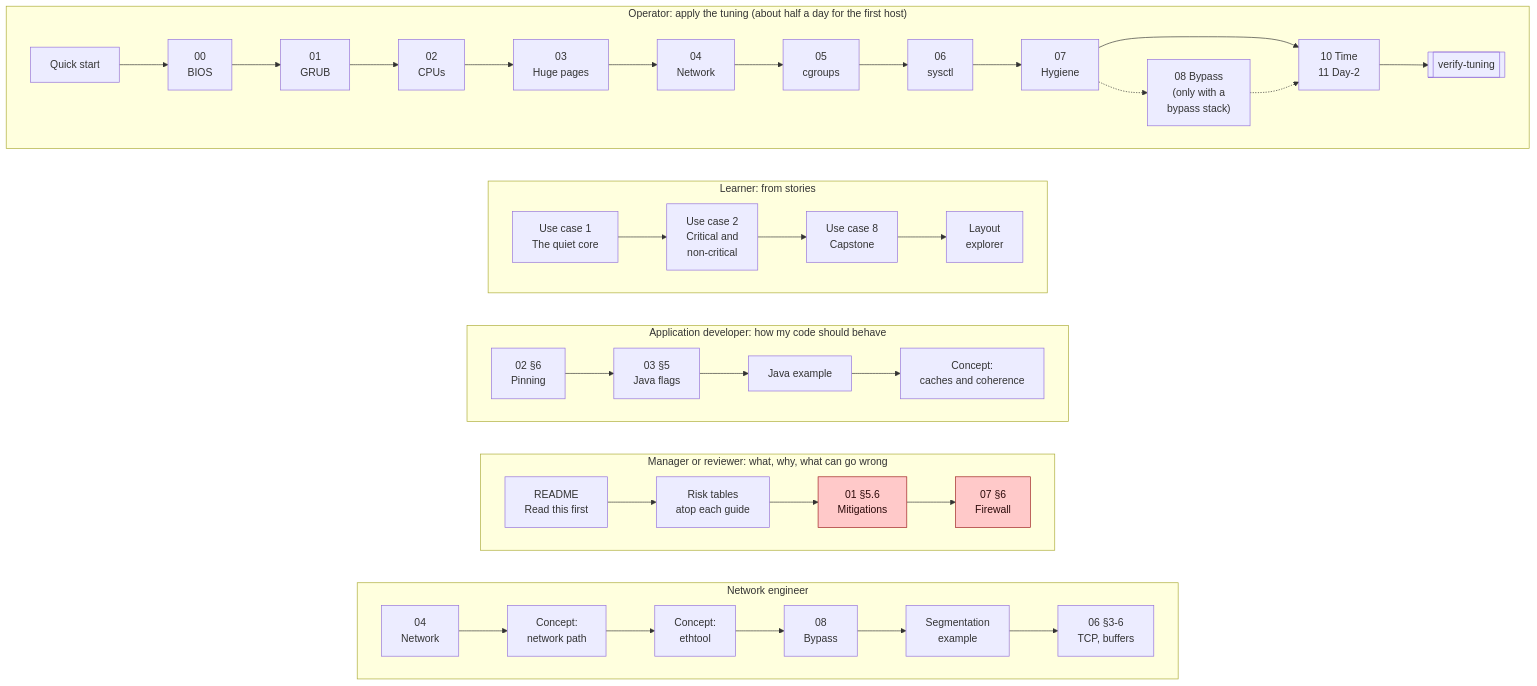
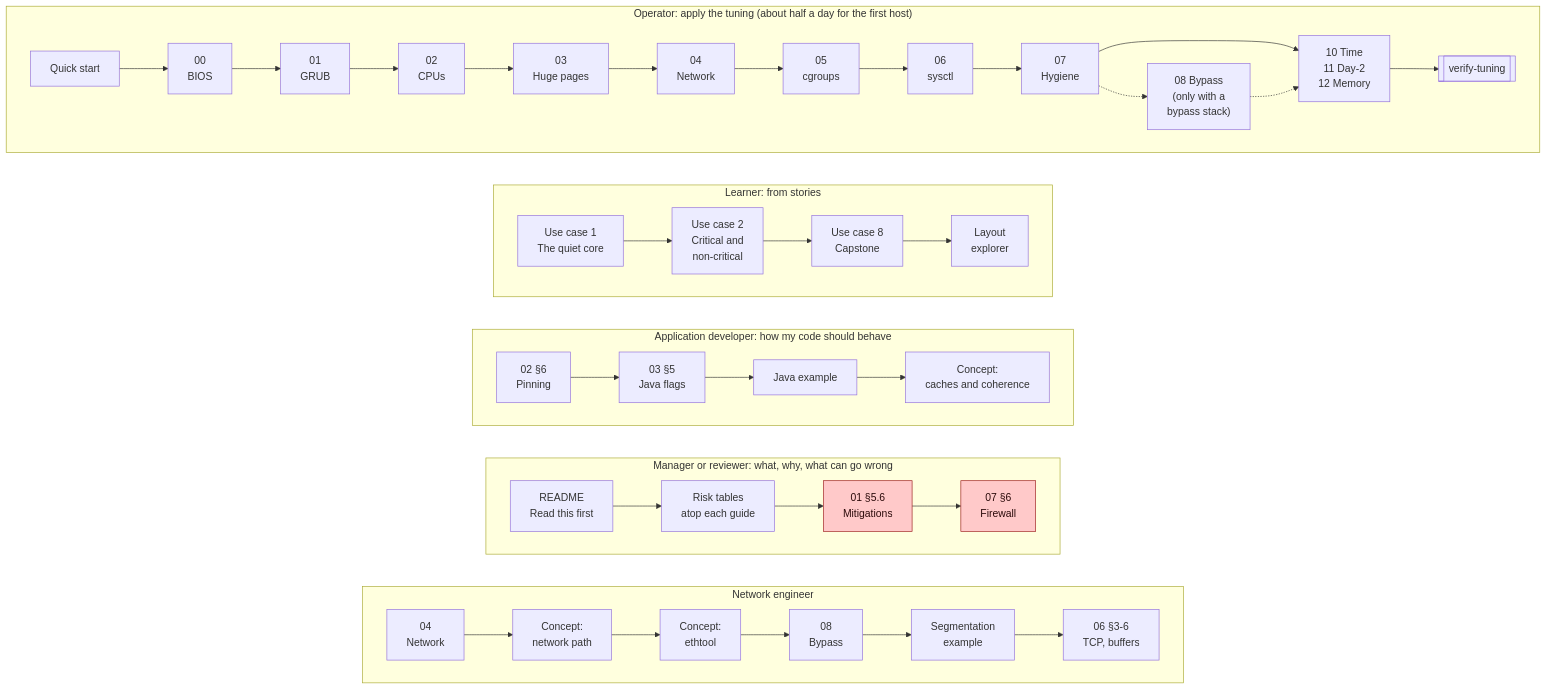
Before and after one commit to vitor-tadashi/mechanical-sympathy: the diagram in INDEX.md, drawn with Mermaid. The commit also changed other lines of this file and 29 other files, not shown here.

````diff
--- a/INDEX.md
+++ b/INDEX.md
@@ -7,27 +7,27 @@
 ```mermaid
 flowchart TD
   subgraph op["Operator: apply the tuning (about half a day for the first host)"]
     direction LR
-    o0["Quick start"] --> o00["00<br/>BIOS"] --> o1["01<br/>GRUB"] --> o2["02<br/>CPUs"] --> o3["03<br/>Huge pages"] --> o4["04<br/>Network"] --> o5["05<br/>cgroups"] --> o6["06<br/>sysctl"] --> o7["07<br/>Hygiene"] --> o10["10 Time<br/>11 Day-2"] --> ov[["verify-tuning"]]
+    o0["Quick start"] --> o00["00<br/>BIOS"] --> o1["01<br/>GRUB"] --> o2["02<br/>CPUs"] --> o3["03<br/>Huge pages"] --> o4["04<br/>Network"] --> o5["05<br/>cgroups"] --> o6["06<br/>sysctl"] --> o7["07<br/>Hygiene"] --> o10["10 Time<br/>11 Day-2<br/>12 Memory"] --> ov[["verify-tuning"]]
     o7 -.-> o8["08 Bypass<br/>(only with a<br/>bypass stack)"] -.-> o10
   end
   subgraph story["Learner: from stories"]
     direction LR
     s1["Use case 1<br/>The quiet core"] --> s2["Use case 2<br/>Critical and<br/>non-critical"] --> s3["Use case 8<br/>Capstone"] --> s4["Layout<br/>explorer"]
   end
   subgraph dev["Application developer: how my code should behave"]
     direction LR
     d1["02 §6<br/>Pinning"] --> d2["03 §5<br/>Java flags"] --> d3["Java example"] --> d4["Concept:<br/>caches and coherence"]
   end
   subgraph mgr["Manager or reviewer: what, why, what can go wrong"]
     direction LR
     m1["README<br/>Read this first"] --> m2["Risk tables<br/>atop each guide"] --> m3["01 §5.6<br/>Mitigations"] --> m4["07 §6<br/>Firewall"]
   end
   subgraph net["Network engineer"]
     direction LR
     n1["04<br/>Network"] --> n2["Concept:<br/>network path"] --> n3["Concept:<br/>ethtool"] --> n4["08<br/>Bypass"] --> n5["Segmentation<br/>example"] --> n6["06 §3-6<br/>TCP, buffers"]
   end
   op ~~~ story ~~~ dev ~~~ mgr ~~~ net
   classDef risk fill:#ffc9c9,stroke:#9b1c1c,color:#2b0a0a
   class m3,m4 risk
 ```
````
